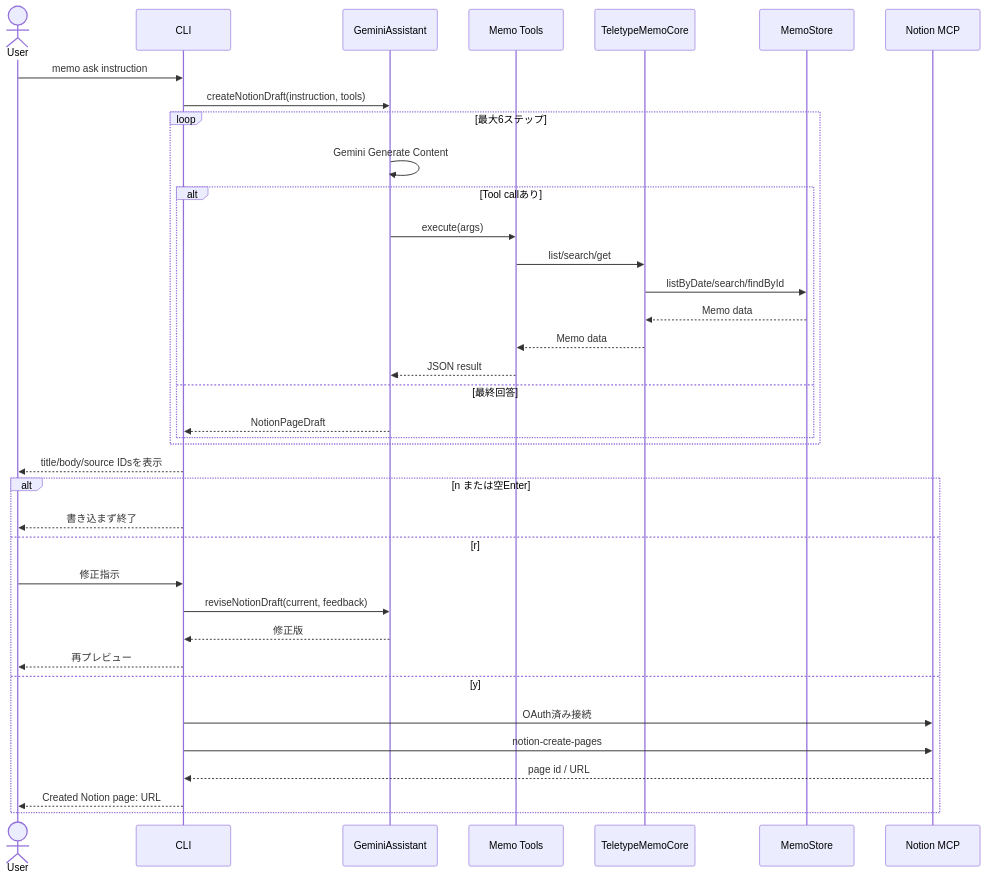
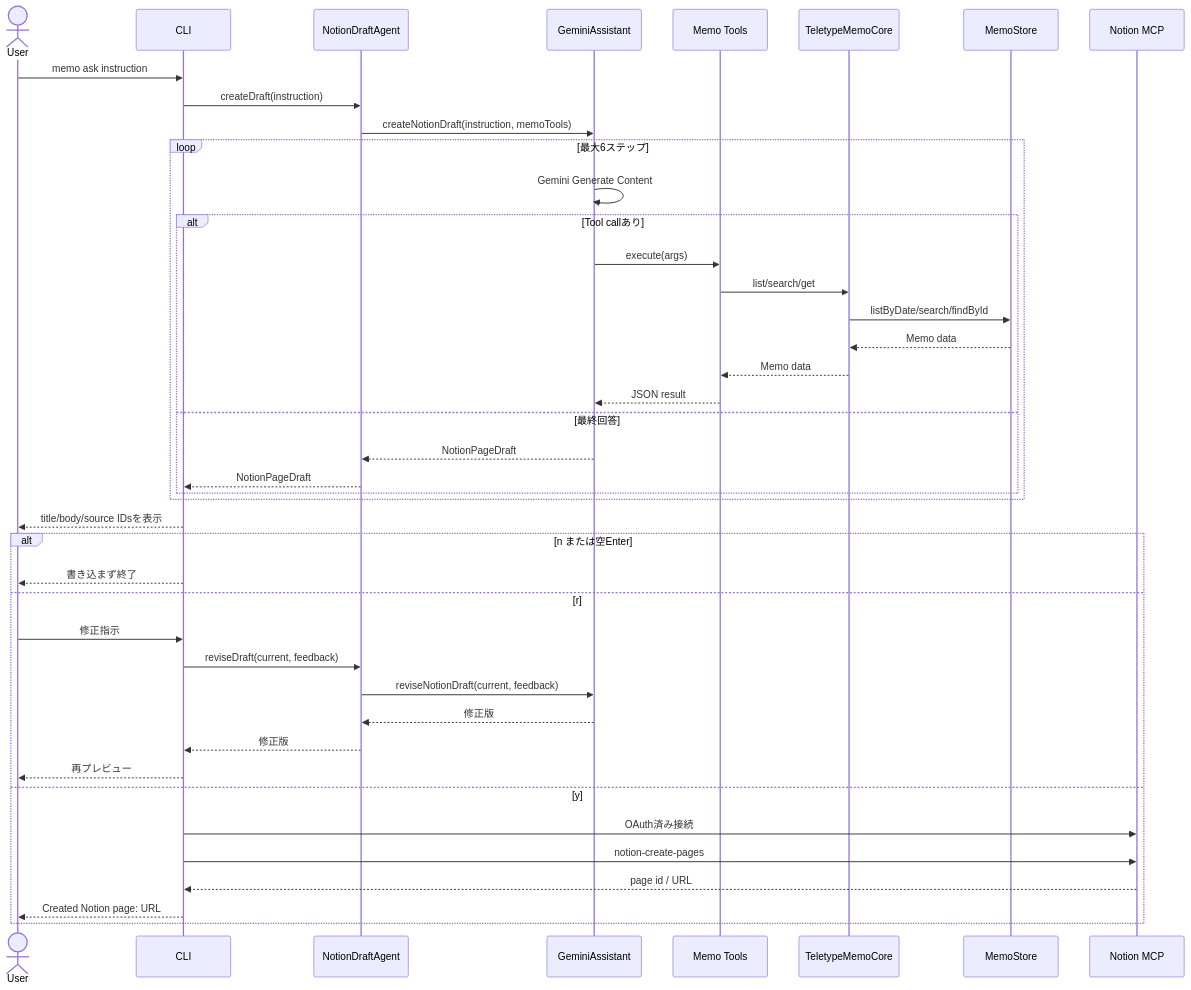
One commit to hk206/terminal-ai-memo changed the third of 4 diagrams in docs/DETAILED_DESIGN.md. Above: the diagram before and after it, drawn with Mermaid. The commit also changed other lines of this file and 8 other files, not shown here.

Commit message:
refactor: extract Notion draft agent

````diff
--- a/docs/DETAILED_DESIGN.md
+++ b/docs/DETAILED_DESIGN.md
@@ -233,40 +239,45 @@
 ```mermaid
 sequenceDiagram
     actor U as User
     participant C as CLI
+    participant A as NotionDraftAgent
     participant G as GeminiAssistant
     participant T as Memo Tools
     participant Core as TeletypeMemoCore
     participant S as MemoStore
     participant M as Notion MCP
 
     U->>C: memo ask instruction
-    C->>G: createNotionDraft(instruction, tools)
+    C->>A: createDraft(instruction)
+    A->>G: createNotionDraft(instruction, memoTools)
     loop 最大6ステップ
         G->>G: Gemini Generate Content
         alt Tool callあり
             G->>T: execute(args)
             T->>Core: list/search/get
             Core->>S: listByDate/search/findById
             S-->>Core: Memo data
             Core-->>T: Memo data
             T-->>G: JSON result
         else 最終回答
-            G-->>C: NotionPageDraft
+            G-->>A: NotionPageDraft
+            A-->>C: NotionPageDraft
         end
     end
     C-->>U: title/body/source IDsを表示
     alt n または空Enter
         C-->>U: 書き込まず終了
     else r
         U->>C: 修正指示
-        C->>G: reviseNotionDraft(current, feedback)
-        G-->>C: 修正版
+        C->>A: reviseDraft(current, feedback)
+        A->>G: reviseNotionDraft(current, feedback)
+        G-->>A: 修正版
+        A-->>C: 修正版
         C-->>U: 再プレビュー
     else y
         C->>M: OAuth済み接続
         C->>M: notion-create-pages
         M-->>C: page id / URL
         C-->>U: Created Notion page: URL
     end
 ```
````
